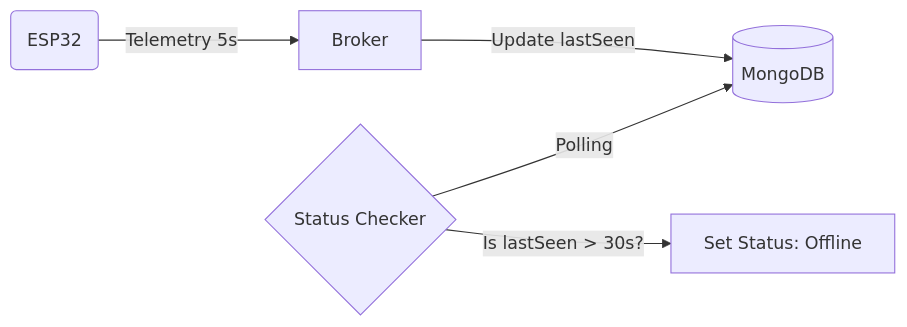
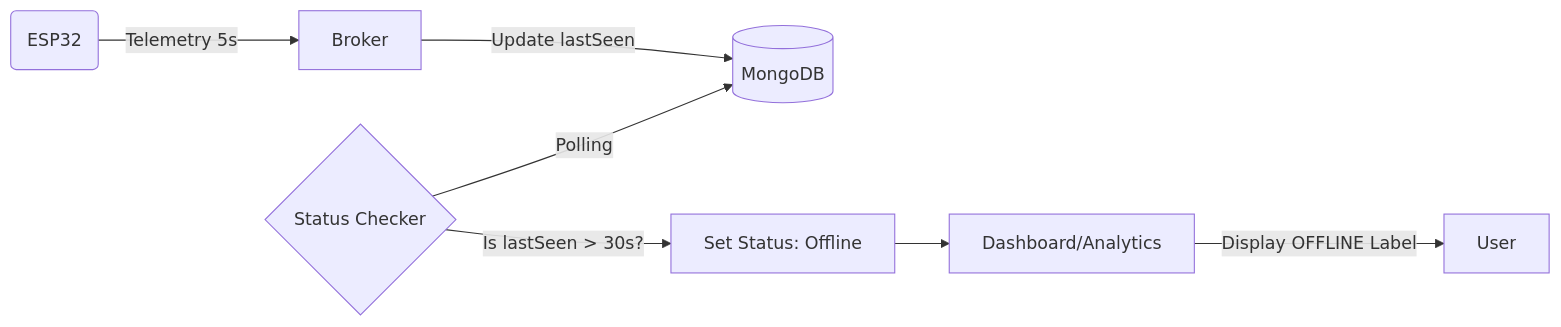
One commit to yashamane003/HydroGrid changed the seventh of 8 diagrams in PROJECT_DOCS.md. Above: the diagram before and after it, drawn with Mermaid. The commit also changed other lines of this file and 29 other files, not shown here.

````diff
--- a/PROJECT_DOCS.md
+++ b/PROJECT_DOCS.md
@@ -165,7 +171,9 @@
 ```mermaid
 graph LR
     ESP(ESP32) -- Telemetry 5s --> Broker
     Broker -- Update lastSeen --> DB[(MongoDB)]
     Monitor{Status Checker} -- Polling --> DB
     Monitor -- "Is lastSeen > 30s?" --> Offline[Set Status: Offline]
+    Offline --> UI[Dashboard/Analytics]
+    UI -- "Display OFFLINE Label" --> User
 ```
````
